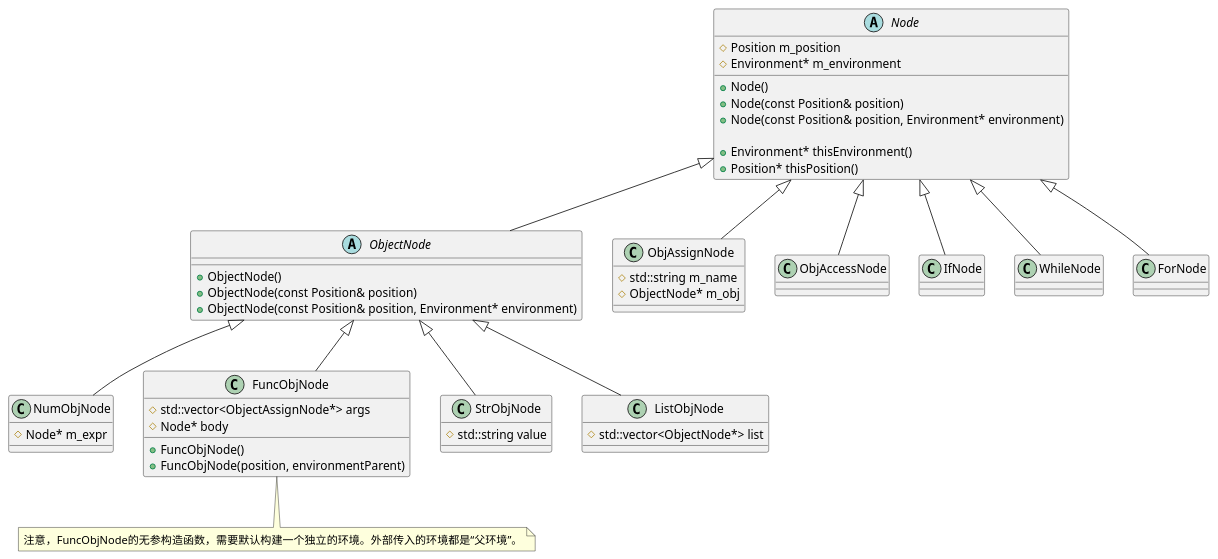
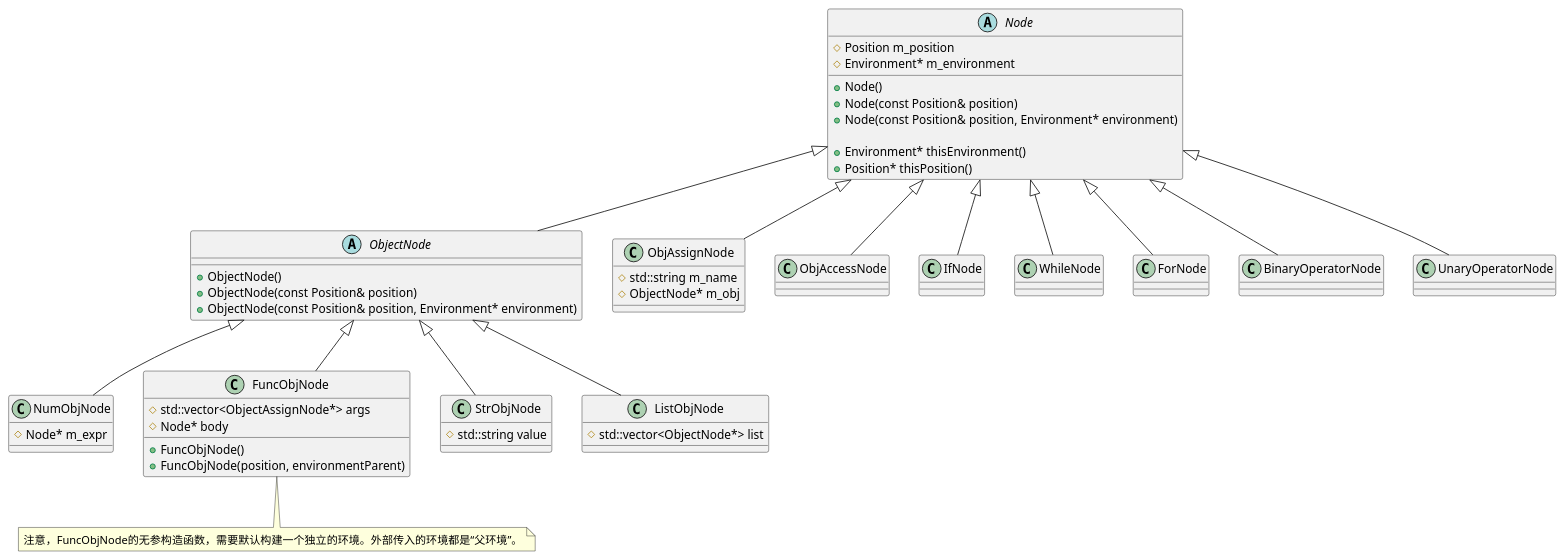
Before and after one commit to hereismg/Hydrogen: the diagram in doc/uml/node.puml, drawn with PlantUML. The commit also changed 2 other files, not shown here.

Commit message:
新增uml图

```diff
--- a/doc/uml/node.puml
+++ b/doc/uml/node.puml
@@ -1,63 +1,62 @@
 @startuml
 '!include https://unpkg.com/plantuml-style-c4@latest/core.puml
 '!theme std
 
 'https://plantuml.com/class-diagram
 abstract class Node{
     # Position m_position
     # Environment* m_environment
 
     + Node()
     + Node(const Position& position)
     + Node(const Position& position, Environment* environment)
 
     + Environment* thisEnvironment()
     + Position* thisPosition()
 }
 
 abstract class ObjectNode{
     + ObjectNode()
     + ObjectNode(const Position& position)
     + ObjectNode(const Position& position, Environment* environment)
 }
 class NumObjNode{
     # Node* m_expr
 }
 class FuncObjNode{
     # std::vector<ObjectAssignNode*> args
     # Node* body
 
     + FuncObjNode()
     + FuncObjNode(position, environmentParent)
 }
 note bottom: 注意，FuncObjNode的无参构造函数，需要默认构建一个独立的环境。外部传入的环境都是“父环境”。
 class StrObjNode{
     # std::string value
 }
 class ListObjNode{
     # std::vector<ObjectNode*> list
 }
 
 ObjectNode <|-- NumObjNode
 ObjectNode <|-- FuncObjNode
 ObjectNode <|-- StrObjNode
 ObjectNode <|-- ListObjNode
 
 class ObjAssignNode{
     # std::string m_name
     # ObjectNode* m_obj
 }
 
 class ObjAccessNode
 
 Node <|-- ObjectNode
 Node <|-- ObjAccessNode
 Node <|-- ObjAssignNode
 Node <|-- IfNode
 Node <|-- WhileNode
 Node <|-- ForNode
-
-
-
+Node <|-- BinaryOperatorNode
+Node <|-- UnaryOperatorNode
 
 @enduml
```
